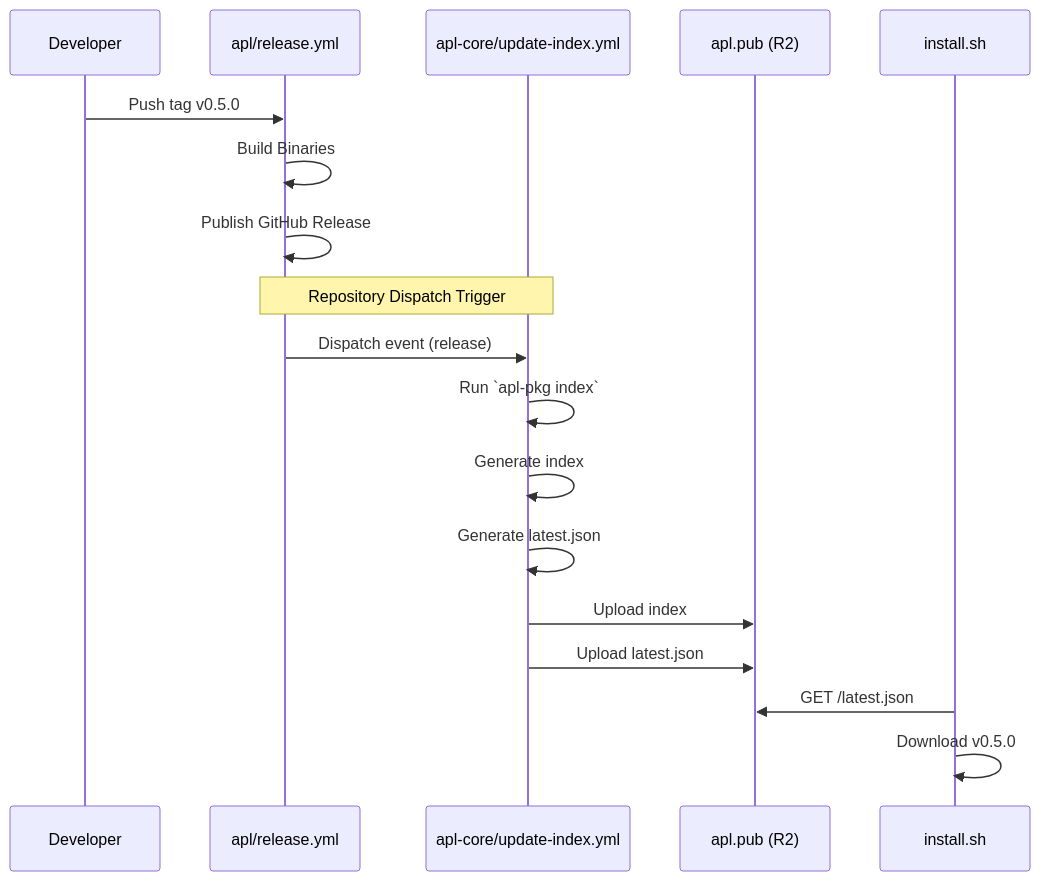
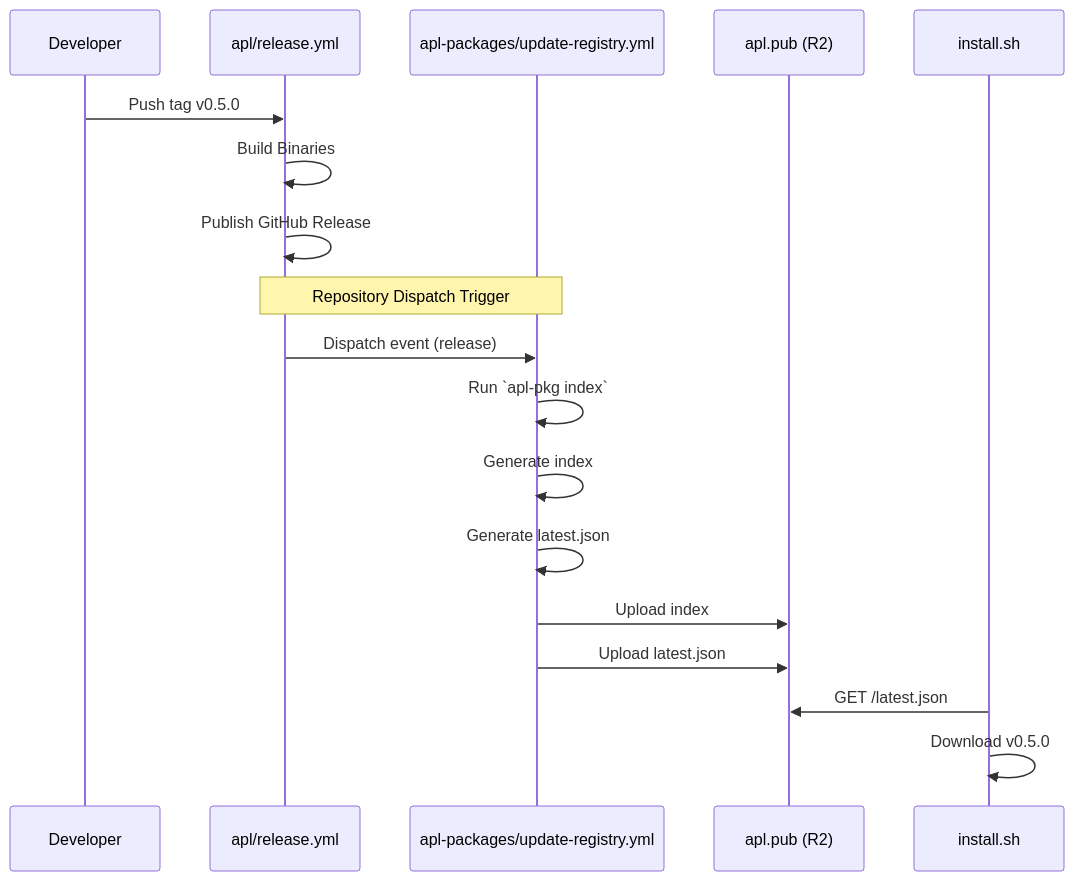
One commit to jpmacdonald/apl changed the diagram in docs/architecture.md. Above: the diagram before and after it, drawn with Mermaid. The commit also changed other lines of this file and 166 other files, not shown here.

````diff
--- a/docs/architecture.md
+++ b/docs/architecture.md
@@ -319,25 +320,25 @@
 ```mermaid
 sequenceDiagram
     participant Dev as Developer
     participant Release as apl/release.yml
-    participant Registry as apl-core/update-index.yml
+    participant Registry as apl-packages/update-registry.yml
     participant CDN as apl.pub (R2)
     participant User as install.sh
 
     Dev->>Release: Push tag v0.5.0
     Release->>Release: Build Binaries
     Release->>Release: Publish GitHub Release
     
     note over Release, Registry: Repository Dispatch Trigger
     Release->>Registry: Dispatch event (release)
     
     Registry->>Registry: Run `apl-pkg index`
     Registry->>Registry: Generate index
     Registry->>Registry: Generate latest.json
     
     Registry->>CDN: Upload index
     Registry->>CDN: Upload latest.json
     
     User->>CDN: GET /latest.json
     User->>User: Download v0.5.0
 ```
````
